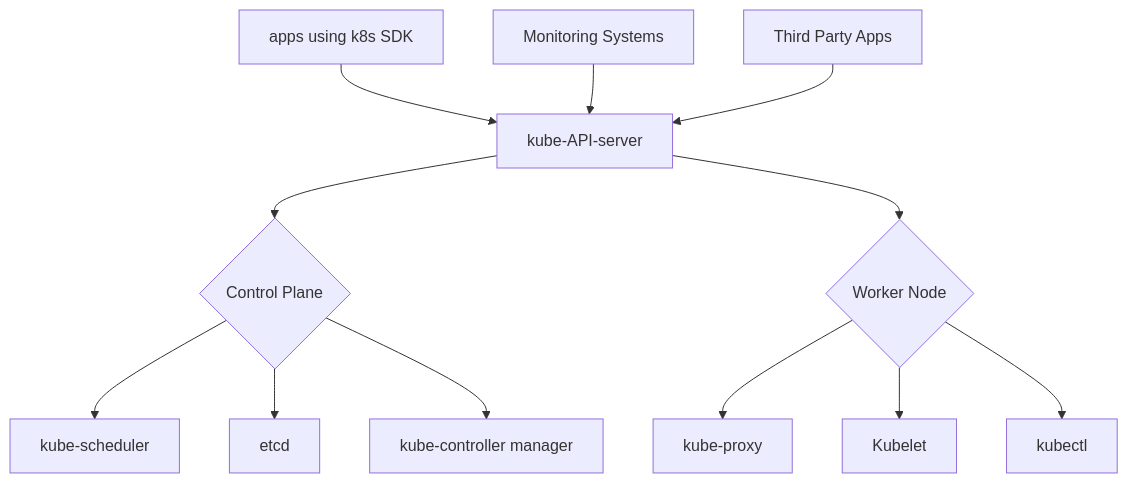
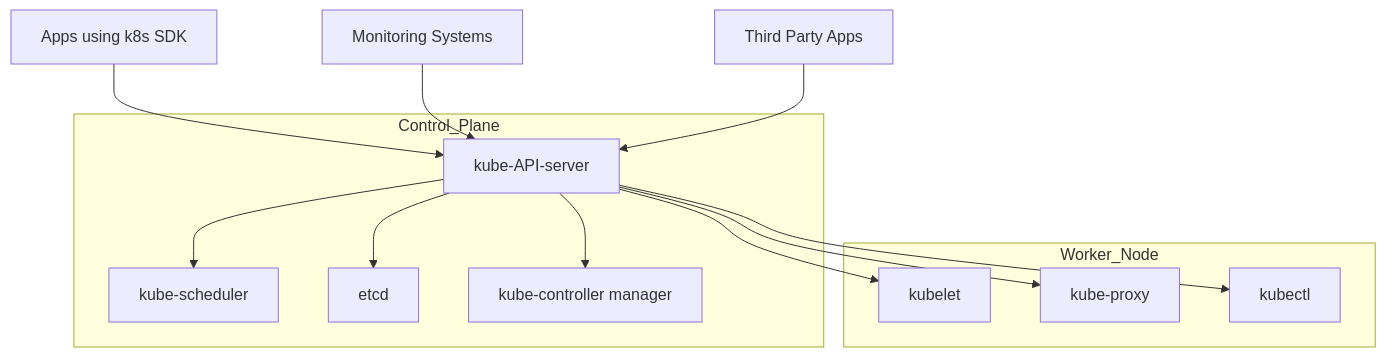
The diagram in Architecture_Overview.md (007chiragshah/tucana), drawn with Mermaid before and after one commit.

````diff
--- a/Architecture_Overview.md
+++ b/Architecture_Overview.md
@@ -24,16 +24,25 @@
   ```mermaid 
   graph TD
-    A[kube-API-server] --> B{Control Plane}
-    B --> C[kube-scheduler]
-    B --> D[etcd]
-    B --> E[kube-controller manager]
-
-    A --> F{Worker Node}
-    F --> G[kube-proxy]
-    F --> H[Kubelet]
-    F --> I[kubectl]
-
-    J[apps using k8s SDK] --> A
+    subgraph Control_Plane
+        A[kube-API-server]
+        C[kube-scheduler]
+        D[etcd]
+        E[kube-controller manager]
+        A --> C
+        A --> D
+        A --> E
+    end
+    
+    subgraph Worker_Node
+        F[kubelet]
+        G[kube-proxy]
+        H[kubectl]
+        A --> F
+        A --> G
+        A --> H
+    end
+    
+    J[Apps using k8s SDK] --> A
     K[Monitoring Systems] --> A
     L[Third Party Apps] --> A
   ```
````
